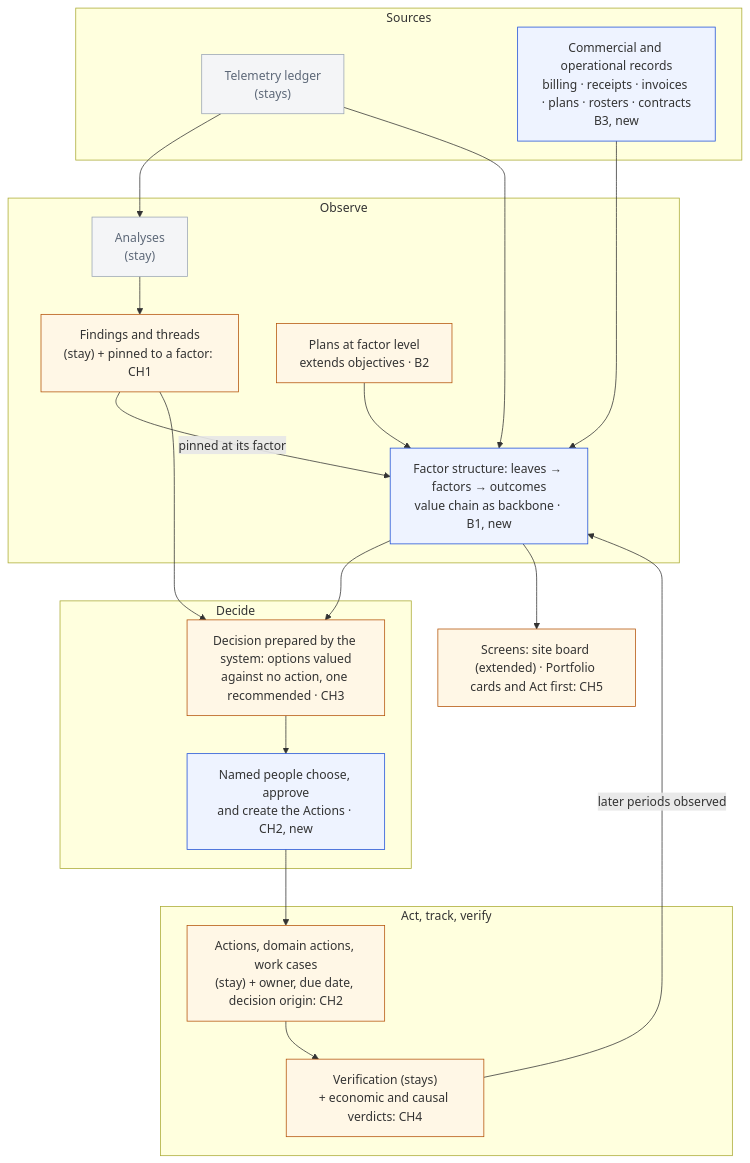
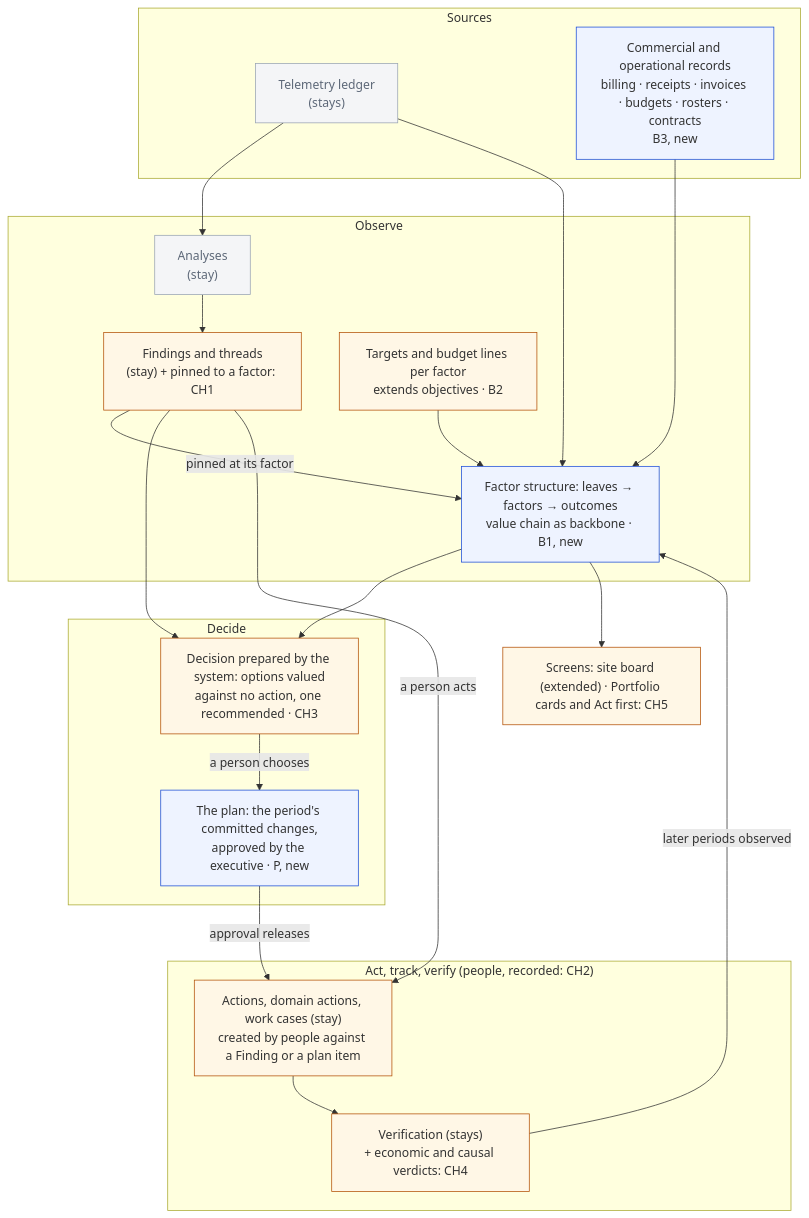
One commit to bineyame/AssetOpsV1 changed the first of 11 diagrams in Docs/demo-sprint/product-direction-layer4/layer4-transformation-design.md. Above: the diagram before and after it, drawn with Mermaid. The commit also changed other lines of this file and 5 other files, not shown here.

First line of the commit message:
Layer 4 design rev 16.2: review C fixes, owner decisions on the plan, trim

````diff
--- a/Docs/demo-sprint/product-direction-layer4/layer4-transformation-design.md
+++ b/Docs/demo-sprint/product-direction-layer4/layer4-transformation-design.md
@@ -206,34 +187,37 @@
 ```mermaid
 flowchart TB
   subgraph SRC["Sources"]
     T["Telemetry ledger<br/>(stays)"]:::keep
-    CR["Commercial and operational records<br/>billing · receipts · invoices · plans · rosters · contracts<br/>B3, new"]:::new
+    CR["Commercial and operational records<br/>billing · receipts · invoices · budgets · rosters · contracts<br/>B3, new"]:::new
   end
   subgraph OBS["Observe"]
     AN["Analyses<br/>(stay)"]:::keep --> FI["Findings and threads<br/>(stay) + pinned to a factor: CH1"]:::chg
     FS["Factor structure: leaves → factors → outcomes<br/>value chain as backbone · B1, new"]:::new
-    PL["Plans at factor level<br/>extends objectives · B2"]:::chg
+    PL["Targets and budget lines per factor<br/>extends objectives · B2"]:::chg
   end
   subgraph DEC["Decide"]
     OP["Decision prepared by the system: options valued<br/>against no action, one recommended · CH3"]:::chg
-    PR["Named people choose, approve<br/>and create the Actions · CH2, new"]:::new
+    PN["The plan: the period's committed changes,<br/>approved by the executive · P, new"]:::new
   end
-  subgraph ACTN["Act, track, verify"]
-    AC["Actions, domain actions, work cases<br/>(stay) + owner, due date, decision origin: CH2"]:::chg
+  subgraph ACTN["Act, track, verify (people, recorded: CH2)"]
+    AC["Actions, domain actions, work cases (stay)<br/>created by people against a Finding or a plan item"]:::chg
     VE["Verification (stays)<br/>+ economic and causal verdicts: CH4"]:::chg
   end
   SC["Screens: site board (extended) · Portfolio cards and Act first: CH5"]:::chg
   T --> AN
   T --> FS
   CR --> FS
   FI -- "pinned at its factor" --> FS
   PL --> FS
   FS --> OP
   FI --> OP
-  OP --> PR --> AC --> VE
+  OP -- "a person chooses" --> PN
+  FI -- "a person acts" --> AC
+  PN -- "approval releases" --> AC
+  AC --> VE
   VE -- "later periods observed" --> FS
   FS --> SC
   classDef keep fill:#f4f5f7,stroke:#9aa5b4,color:#5d6878
   classDef new fill:#eef3ff,stroke:#1d4ed8
   classDef chg fill:#fff7e6,stroke:#b45309
 ```
````
